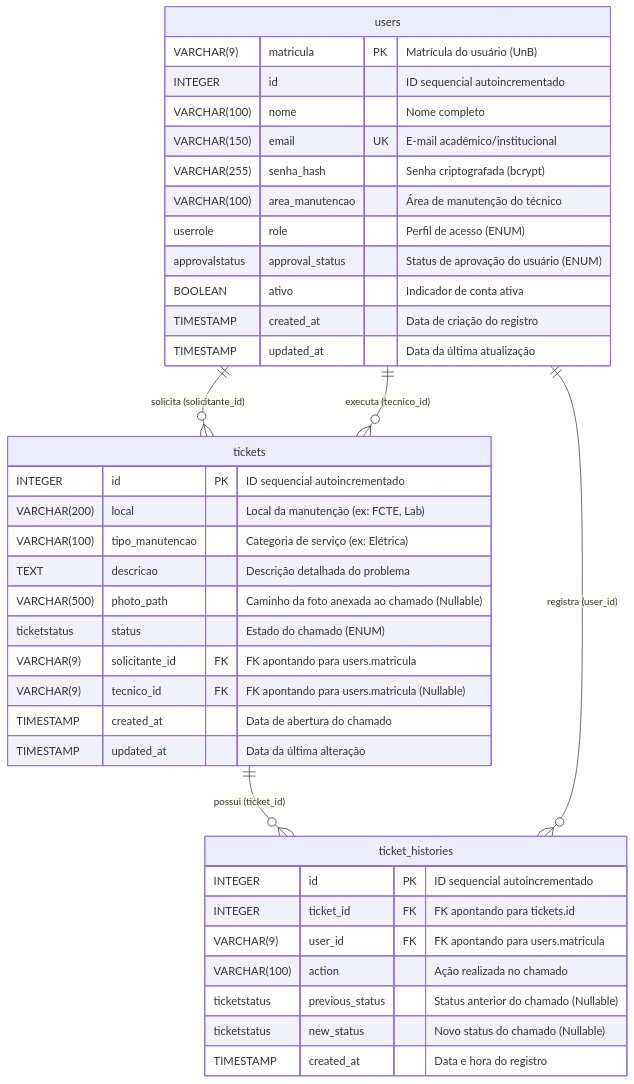
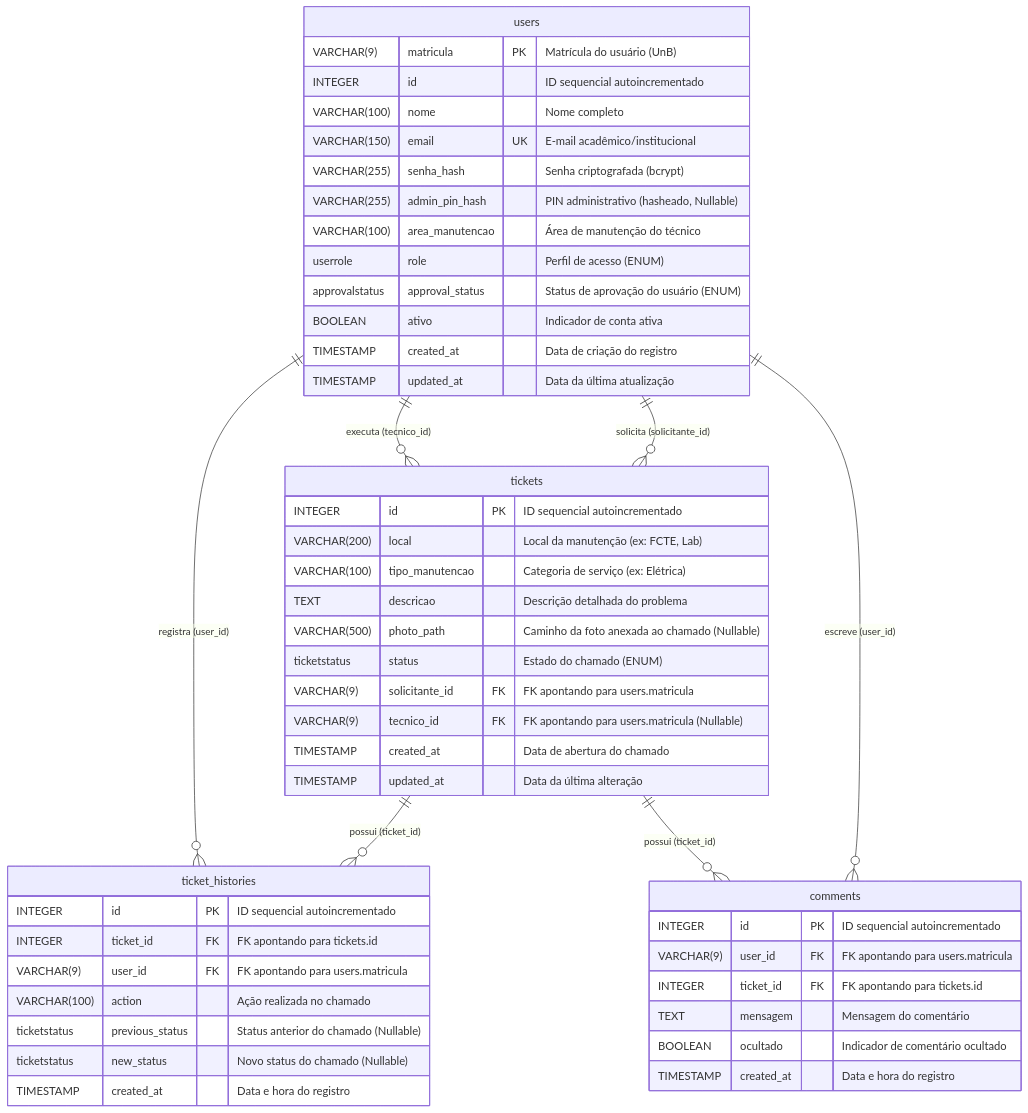
One commit to FGA0138-MDS-Ajax/2026.1-T03-Parnas changed the diagram in docs/DB_VISION.md. Above: the diagram before and after it, drawn with Mermaid. The commit also changed other lines of this file and 2 other files, not shown here.

Commit message:
docs(database): documentar pin administrativo (Atualizar branch)

````diff
--- a/docs/DB_VISION.md
+++ b/docs/DB_VISION.md
@@ -11,44 +11,56 @@
 ```mermaid
 erDiagram
     users {
         VARCHAR(9) matricula PK "Matrícula do usuário (UnB)"
         INTEGER id "ID sequencial autoincrementado"
         VARCHAR(100) nome "Nome completo"
         VARCHAR(150) email UK "E-mail acadêmico/institucional"
         VARCHAR(255) senha_hash "Senha criptografada (bcrypt)"
+        VARCHAR(255) admin_pin_hash "PIN administrativo (hasheado, Nullable)"
         VARCHAR(100) area_manutencao "Área de manutenção do técnico"
         userrole role "Perfil de acesso (ENUM)"
         approvalstatus approval_status "Status de aprovação do usuário (ENUM)"
         BOOLEAN ativo "Indicador de conta ativa"
         TIMESTAMP created_at "Data de criação do registro"
         TIMESTAMP updated_at "Data da última atualização"
     }
 
     tickets {
         INTEGER id PK "ID sequencial autoincrementado"
         VARCHAR(200) local "Local da manutenção (ex: FCTE, Lab)"
         VARCHAR(100) tipo_manutencao "Categoria de serviço (ex: Elétrica)"
         TEXT descricao "Descrição detalhada do problema"
         VARCHAR(500) photo_path "Caminho da foto anexada ao chamado (Nullable)"
         ticketstatus status "Estado do chamado (ENUM)"
         VARCHAR(9) solicitante_id FK "FK apontando para users.matricula"
         VARCHAR(9) tecnico_id FK "FK apontando para users.matricula (Nullable)"
         TIMESTAMP created_at "Data de abertura do chamado"
         TIMESTAMP updated_at "Data da última alteração"
     }
 
     ticket_histories {
         INTEGER id PK "ID sequencial autoincrementado"
         INTEGER ticket_id FK "FK apontando para tickets.id"
         VARCHAR(9) user_id FK "FK apontando para users.matricula"
         VARCHAR(100) action "Ação realizada no chamado"
         ticketstatus previous_status "Status anterior do chamado (Nullable)"
         ticketstatus new_status "Novo status do chamado (Nullable)"
         TIMESTAMP created_at "Data e hora do registro"
     }
 
+    comments {
+        INTEGER id PK "ID sequencial autoincrementado"
+        VARCHAR(9) user_id FK "FK apontando para users.matricula"
+        INTEGER ticket_id FK "FK apontando para tickets.id"
+        TEXT mensagem "Mensagem do comentário"
+        BOOLEAN ocultado "Indicador de comentário ocultado"
+        TIMESTAMP created_at "Data e hora do registro"
+    }
+
     users ||--o{ tickets : "solicita (solicitante_id)"
     users ||--o{ tickets : "executa (tecnico_id)"
     tickets ||--o{ ticket_histories : "possui (ticket_id)"
     users ||--o{ ticket_histories : "registra (user_id)"
+    users ||--o{ comments : "escreve (user_id)"
+    tickets ||--o{ comments : "possui (ticket_id)"
 ```
````
